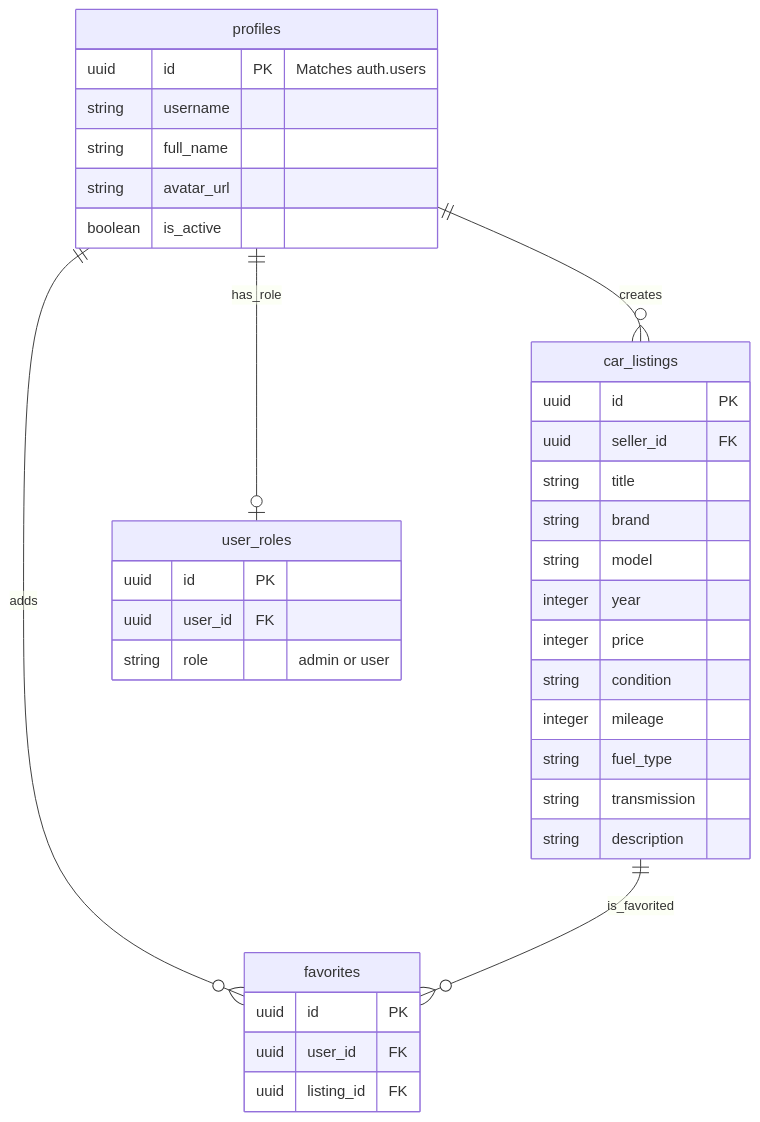
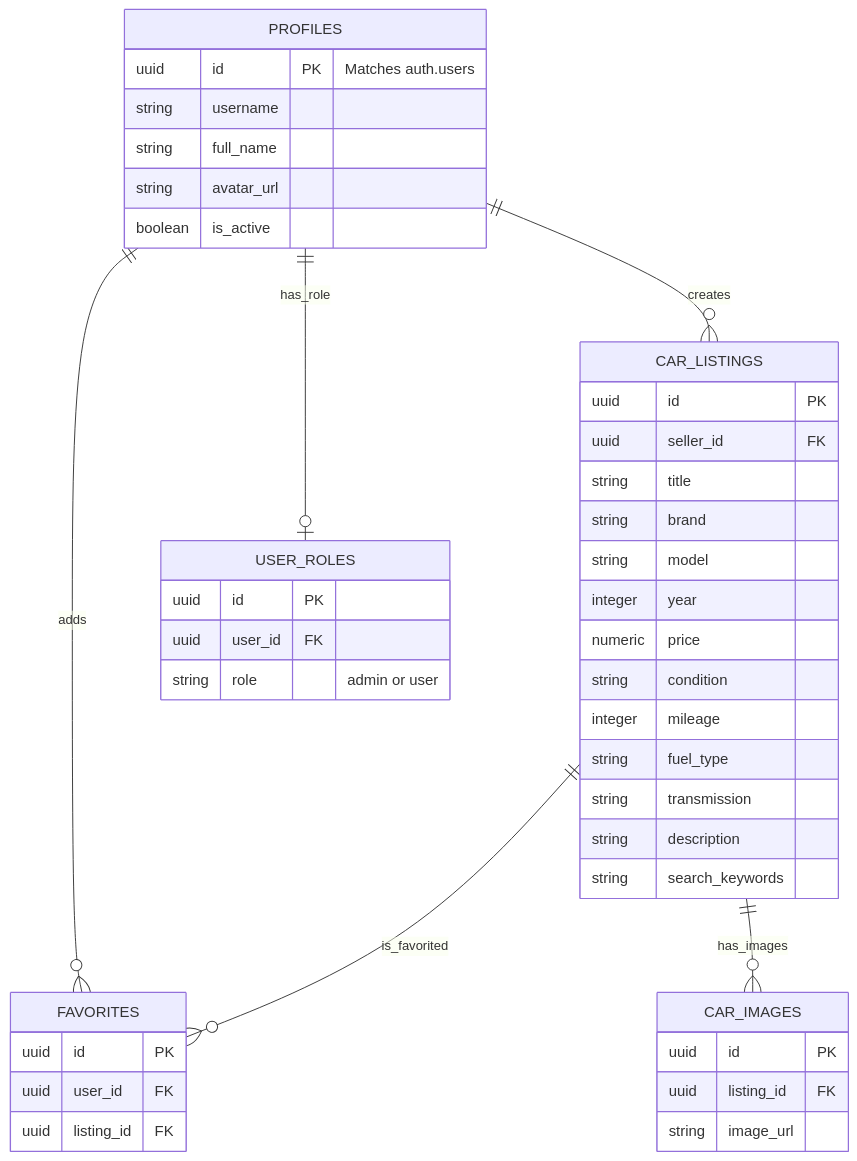
One commit to victornedelchev/auto-market changed the diagram in README.md. Above: the diagram before and after it, drawn with Mermaid. The commit also changed other lines of this file, not shown here.

Commit message:
Update project description, technology stack, and database schema in README

````diff
--- a/README.md
+++ b/README.md
@@ -43,42 +30,50 @@
 ```mermaid
 erDiagram
-    profiles ||--o{ car_listings : "creates"
-    profiles ||--o{ favorites : "adds"
-    car_listings ||--o{ favorites : "is_favorited"
-    profiles ||--o| user_roles : "has_role"
+    PROFILES ||--o{ CAR_LISTINGS : "creates"
+    PROFILES ||--o{ FAVORITES : "adds"
+    CAR_LISTINGS ||--o{ FAVORITES : "is_favorited"
+    PROFILES ||--o| USER_ROLES : "has_role"
+    CAR_LISTINGS ||--o{ CAR_IMAGES : "has_images"
 
-    profiles {
+    PROFILES {
         uuid id PK "Matches auth.users"
         string username
         string full_name
         string avatar_url
         boolean is_active
     }
 
-    user_roles {
+    USER_ROLES {
         uuid id PK
         uuid user_id FK
         string role "admin or user"
     }
 
-    car_listings {
+    CAR_LISTINGS {
         uuid id PK
         uuid seller_id FK
         string title
         string brand
         string model
         integer year
-        integer price
+        numeric price
         string condition
         integer mileage
         string fuel_type
         string transmission
         string description
+        string search_keywords
     }
 
-    favorites {
+    CAR_IMAGES {
+        uuid id PK
+        uuid listing_id FK
+        string image_url
+    }
+
+    FAVORITES {
         uuid id PK
         uuid user_id FK
         uuid listing_id FK
     }
 ```
````
